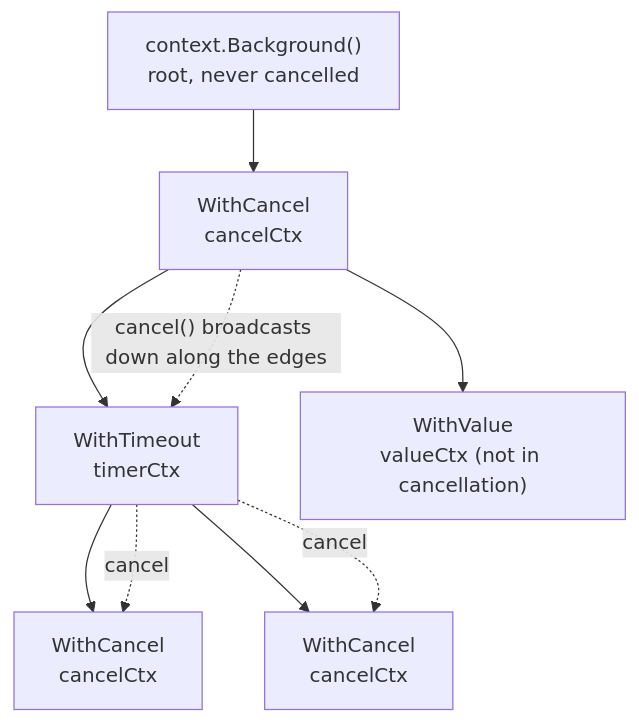
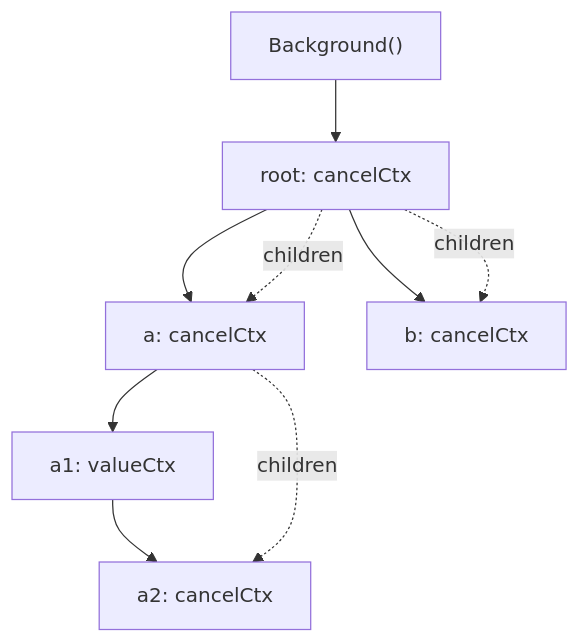
One commit to golang-design/under-the-hood changed the second of 2 diagrams in book/en-us/part3concurrency/ch11sync/context.md. Above: the diagram before and after it, drawn with Mermaid. The commit also changed other lines of this file and 30 other files, not shown here.

````diff
--- a/book/en-us/part3concurrency/ch11sync/context.md
+++ b/book/en-us/part3concurrency/ch11sync/context.md
@@ -182,12 +264,11 @@
 ```mermaid
 flowchart TD
-    BG["context.Background()<br/>root, never cancelled"]
-    BG --> C1["WithCancel<br/>cancelCtx"]
-    C1 --> C2["WithTimeout<br/>timerCtx"]
-    C1 --> V1["WithValue<br/>valueCtx (not in cancellation)"]
-    C2 --> C3["WithCancel<br/>cancelCtx"]
-    C2 --> C4["WithCancel<br/>cancelCtx"]
-    C1 -. "cancel() broadcasts down along the edges" .-> C2
-    C2 -. cancel .-> C3
-    C2 -. cancel .-> C4
+    BG["Background()"] --> R["root: cancelCtx"]
+    R --> A["a: cancelCtx"]
+    R --> B["b: cancelCtx"]
+    A --> A1["a1: valueCtx"]
+    A1 --> A2["a2: cancelCtx"]
+    A -. "children" .-> A2
+    R -. "children" .-> A
+    R -. "children" .-> B
 ```
````
